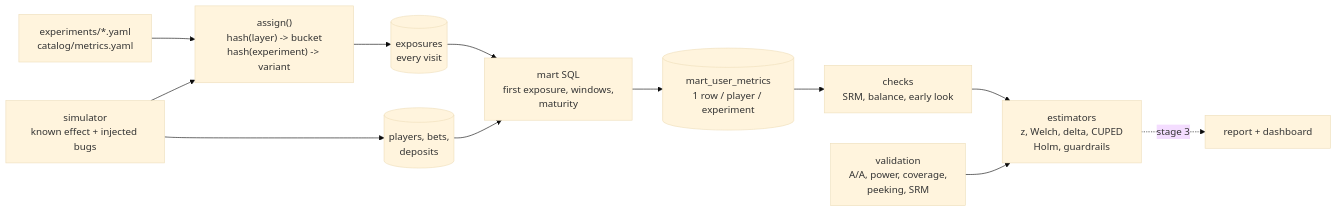
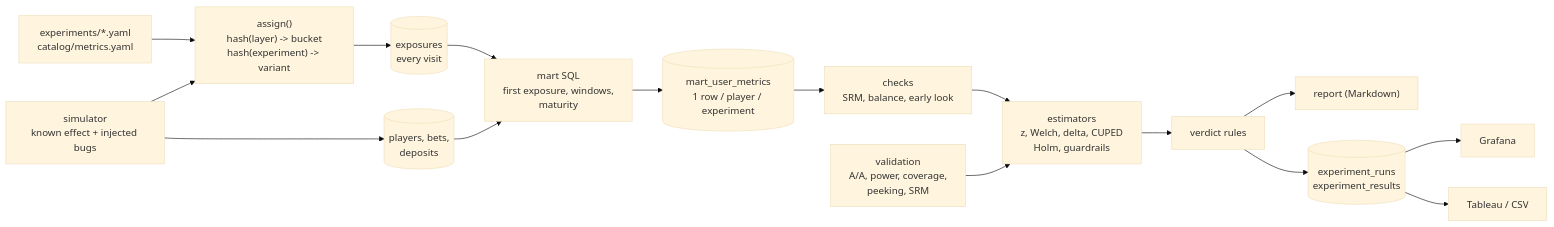
Before and after one commit to KartelSRBX/Gamma: the diagram in README.md, drawn with Mermaid (base theme). The commit also changed other lines of this file and 25 other files, not shown here.

First line of the commit message:
Add the decision layer: verdict rules, reports, stored results, Grafana dashboard, benchmarks

````diff
--- a/README.md
+++ b/README.md
@@ -33,14 +37,18 @@
 ```mermaid
 flowchart LR
     Y["experiments/*.yaml<br/>catalog/metrics.yaml"] --> A["assign()<br/>hash(layer) -> bucket<br/>hash(experiment) -> variant"]
     S["simulator<br/>known effect + injected bugs"] --> A
     A --> E[("exposures<br/>every visit")]
     S --> R[("players, bets,<br/>deposits")]
     E --> M["mart SQL<br/>first exposure, windows,<br/>maturity"]
     R --> M
     M --> U[("mart_user_metrics<br/>1 row / player / experiment")]
     U --> Q["checks<br/>SRM, balance, early look"]
     Q --> ST["estimators<br/>z, Welch, delta, CUPED<br/>Holm, guardrails"]
-    ST -. "stage 3" .-> RP["report + dashboard"]
+    ST --> VD["verdict rules"]
+    VD --> RP["report (Markdown)"]
+    VD --> RS[("experiment_runs<br/>experiment_results")]
+    RS --> GF["Grafana"]
+    RS --> TB["Tableau / CSV"]
     V["validation<br/>A/A, power, coverage,<br/>peeking, SRM"] --> ST
 ```
````
